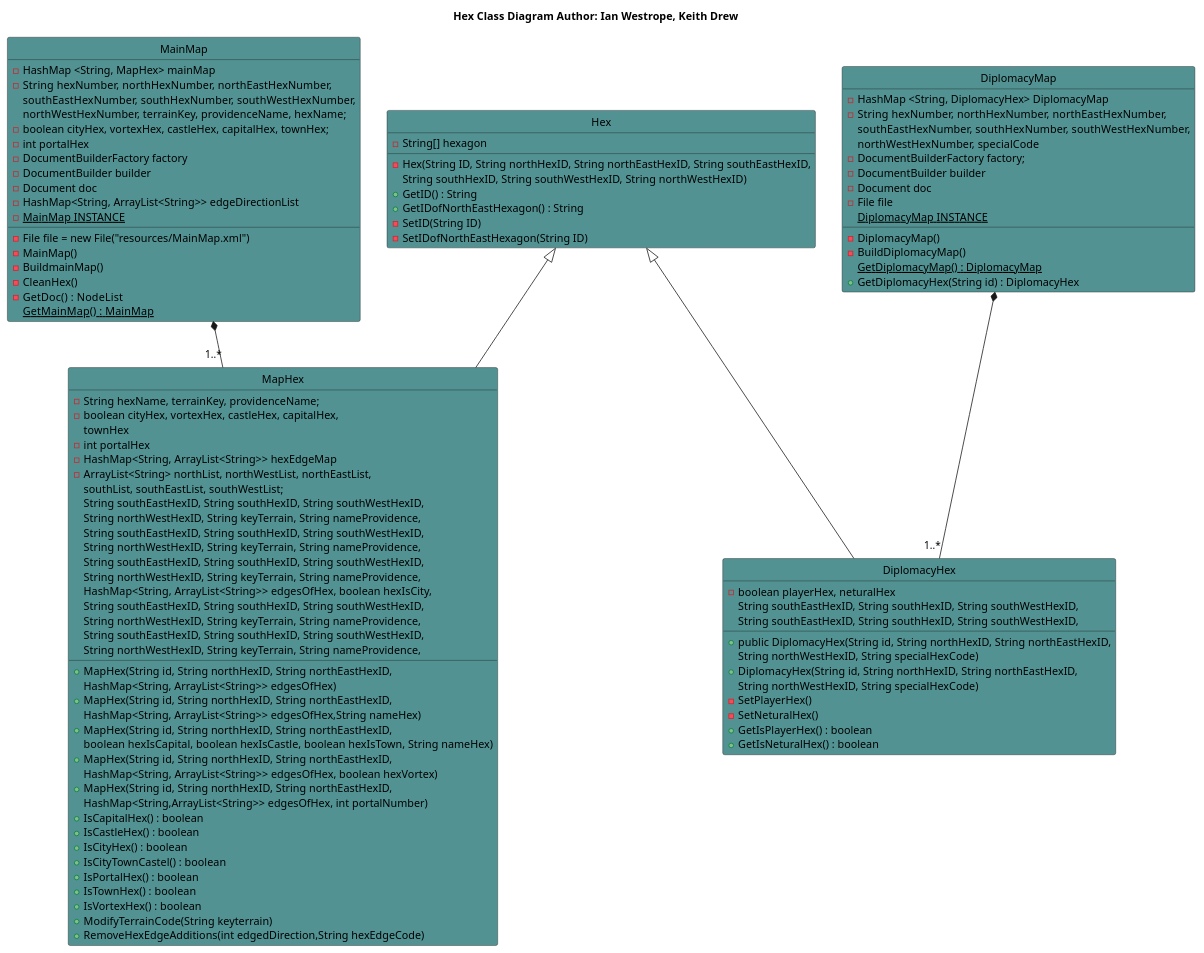
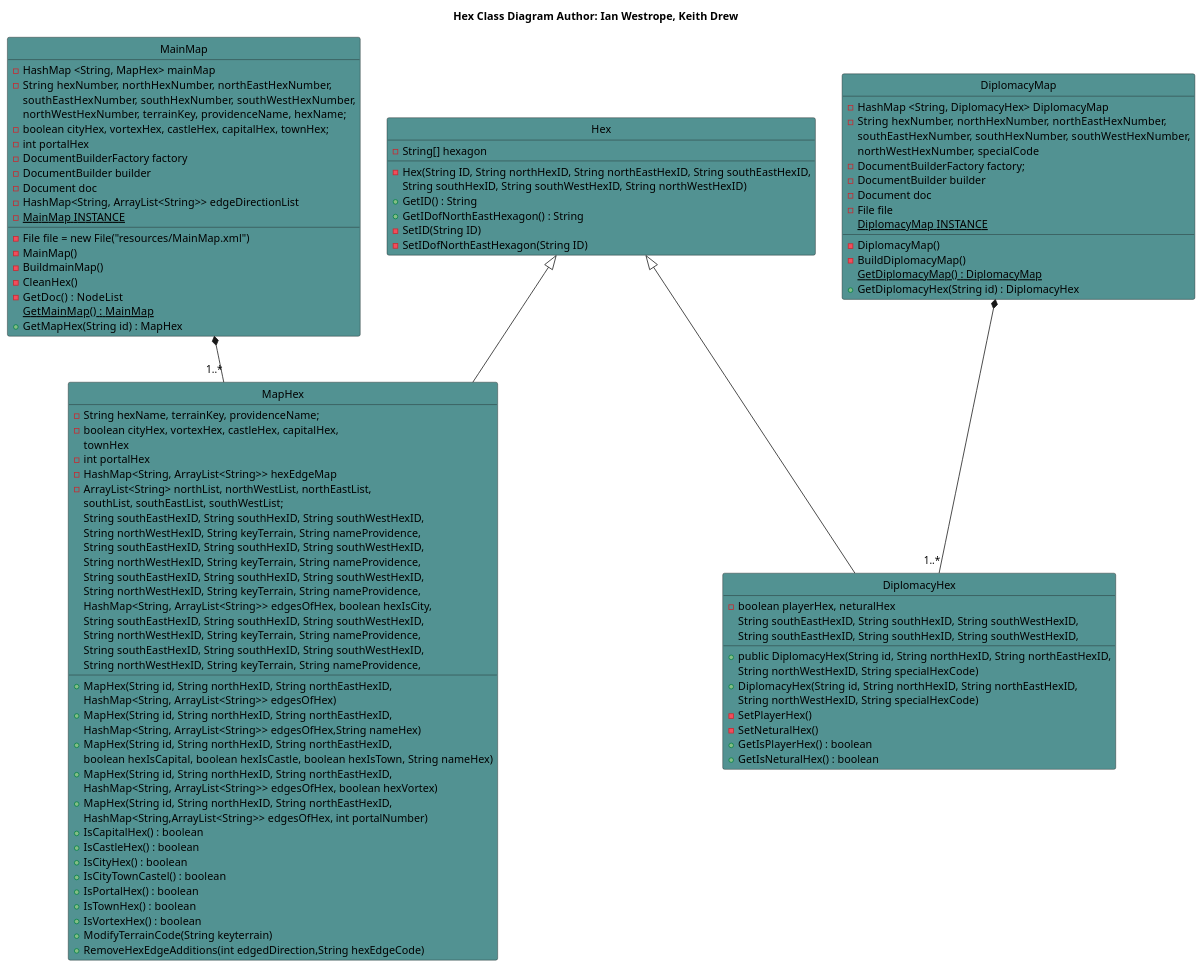
Before and after one commit to cjeffery/sworsorc: the diagram in doc/masterClassDiagrams/hex.pu, drawn with PlantUML. The commit also changed 3 other files, not shown here.

Commit message:
added method to MainMap class for retrieving a hex by it's ID string

```diff
--- a/doc/masterClassDiagrams/hex.pu
+++ b/doc/masterClassDiagrams/hex.pu
@@ -1,111 +1,112 @@
 @startuml
 hide circles
 title <b>Hex Class Diagram<b> Author: Ian Westrope, Keith Drew
 
 MainMap *-- "1..*" MapHex
 Hex <|-- MapHex
 Hex <|-- DiplomacyHex
 DiplomacyMap *-- "1..*" DiplomacyHex
 
 
 class MainMap #529292 {
  -HashMap <String, MapHex> mainMap
  -String hexNumber, northHexNumber, northEastHexNumber, 
             southEastHexNumber, southHexNumber, southWestHexNumber,
             northWestHexNumber, terrainKey, providenceName, hexName;
  -boolean cityHex, vortexHex, castleHex, capitalHex, townHex;
 -int portalHex
  -DocumentBuilderFactory factory
  -DocumentBuilder builder
  -Document doc
  -File file = new File("resources/MainMap.xml")
  -HashMap<String, ArrayList<String>> edgeDirectionList
 -{static}MainMap INSTANCE
 -MainMap()
 -BuildmainMap()
 -CleanHex()
 -GetDoc() :  NodeList
 {static} GetMainMap() :  MainMap
++GetMapHex(String id) : MapHex
 }
 
 class Hex #529292 {
 -String[] hexagon
 -Hex(String ID, String northHexID, String northEastHexID, String southEastHexID, 
           String southHexID, String southWestHexID, String northWestHexID)
 +GetID() : String
 +GetIDofNorthEastHexagon() : String 
 -SetID(String ID)
 -SetIDofNorthEastHexagon(String ID)
 }
 
 class MapHex #529292 {
 -String hexName, terrainKey, providenceName;
 -boolean cityHex, vortexHex, castleHex, capitalHex, 
 townHex
 -int portalHex
 -HashMap<String, ArrayList<String>> hexEdgeMap
 -ArrayList<String> northList, northWestList, northEastList, 
 southList, southEastList, southWestList;
 +MapHex(String id, String northHexID, String northEastHexID, 
                   String southEastHexID, String southHexID, String southWestHexID, 
                   String northWestHexID, String keyTerrain, String nameProvidence,
                   HashMap<String, ArrayList<String>> edgesOfHex)
 +MapHex(String id, String northHexID, String northEastHexID, 
                   String southEastHexID, String southHexID, String southWestHexID, 
                   String northWestHexID, String keyTerrain, String nameProvidence, 
                   HashMap<String, ArrayList<String>> edgesOfHex,String nameHex)
 +MapHex(String id, String northHexID, String northEastHexID, 
                   String southEastHexID, String southHexID, String southWestHexID, 
                   String northWestHexID, String keyTerrain, String nameProvidence, 
                   HashMap<String, ArrayList<String>> edgesOfHex, boolean hexIsCity, 
                   boolean hexIsCapital, boolean hexIsCastle, boolean hexIsTown, String nameHex)
 +MapHex(String id, String northHexID, String northEastHexID, 
                   String southEastHexID, String southHexID, String southWestHexID, 
                   String northWestHexID, String keyTerrain, String nameProvidence, 
                   HashMap<String, ArrayList<String>> edgesOfHex, boolean hexVortex)
 +MapHex(String id, String northHexID, String northEastHexID, 
                   String southEastHexID, String southHexID, String southWestHexID, 
                   String northWestHexID, String keyTerrain, String nameProvidence, 
                   HashMap<String,ArrayList<String>> edgesOfHex, int portalNumber)
 +IsCapitalHex() : boolean
 +IsCastleHex() : boolean
 +IsCityHex() : boolean
 +IsCityTownCastel() : boolean
 +IsPortalHex() : boolean
 +IsTownHex() : boolean 
 +IsVortexHex() : boolean 
 +ModifyTerrainCode(String keyterrain)
 +RemoveHexEdgeAdditions(int edgedDirection,String hexEdgeCode)
 }
 
 class DiplomacyMap #529292 {
 -HashMap <String, DiplomacyHex> DiplomacyMap
 -String hexNumber, northHexNumber, northEastHexNumber, 
             southEastHexNumber, southHexNumber, southWestHexNumber,
             northWestHexNumber, specialCode
  -DocumentBuilderFactory factory;
  -DocumentBuilder builder
 -Document doc
 -File file
 {static}DiplomacyMap INSTANCE
 -DiplomacyMap()
 -BuildDiplomacyMap()
 {static}GetDiplomacyMap() : DiplomacyMap
 +GetDiplomacyHex(String id) : DiplomacyHex 
 }
 
 class DiplomacyHex #529292 {
 -boolean playerHex, neturalHex
 +public DiplomacyHex(String id, String northHexID, String northEastHexID, 
                             String southEastHexID, String southHexID, String southWestHexID, 
                             String northWestHexID, String specialHexCode)
 +DiplomacyHex(String id, String northHexID, String northEastHexID, 
                             String southEastHexID, String southHexID, String southWestHexID, 
                             String northWestHexID, String specialHexCode)
 -SetPlayerHex()
 -SetNeturalHex()
 +GetIsPlayerHex() : boolean 
 +GetIsNeturalHex() : boolean 
 }
 
 @enduml
```
